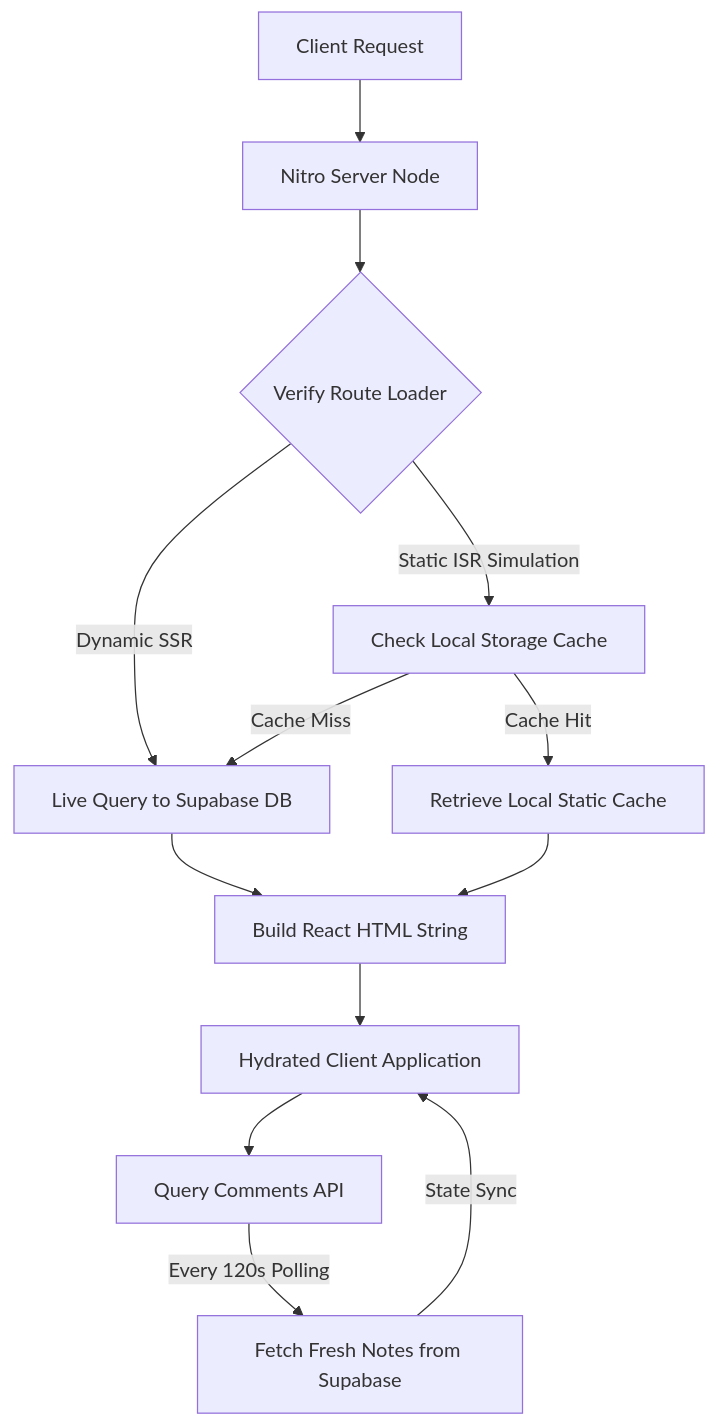
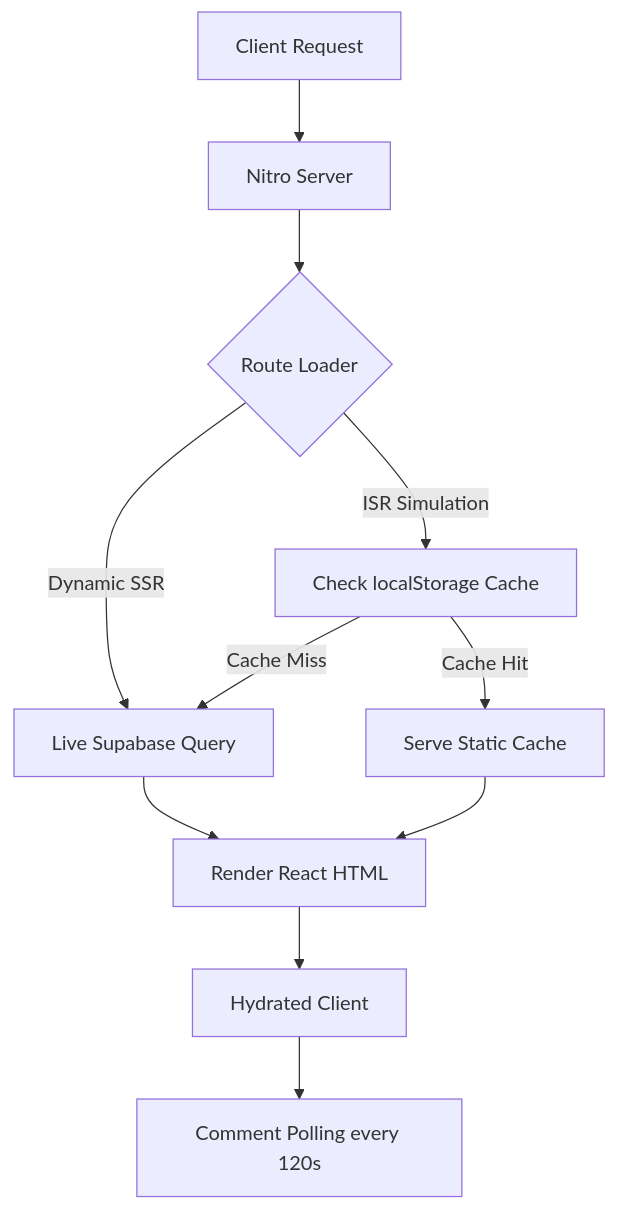
The diagram in documentation/technical_documentation.md (nitanshuj/indie_cafe_hub), drawn with Mermaid before and after one commit. The commit also changed other lines of this file and 15 other files, not shown here.

````diff
--- a/documentation/technical_documentation.md
+++ b/documentation/technical_documentation.md
@@ -121,15 +93,13 @@
 ```mermaid
 graph TD
-    A[Client Request] --> B[Nitro Server Node]
-    B --> C{Verify Route Loader}
-    C -->|Dynamic SSR| D[Live Query to Supabase DB]
-    C -->|Static ISR Simulation| E[Check Local Storage Cache]
-    D --> F[Build React HTML String]
-    E -->|Cache Hit| G[Retrieve Local Static Cache]
+    A[Client Request] --> B[Nitro Server]
+    B --> C{Route Loader}
+    C -->|Dynamic SSR| D[Live Supabase Query]
+    C -->|ISR Simulation| E[Check localStorage Cache]
+    D --> F[Render React HTML]
+    E -->|Cache Hit| G[Serve Static Cache]
     E -->|Cache Miss| D
     G --> F
-    F --> H[Hydrated Client Application]
-    H --> I[Query Comments API]
-    I -->|Every 120s Polling| J[Fetch Fresh Notes from Supabase]
-    J -->|State Sync| H
+    F --> H[Hydrated Client]
+    H --> I[Comment Polling every 120s]
 ```
````
